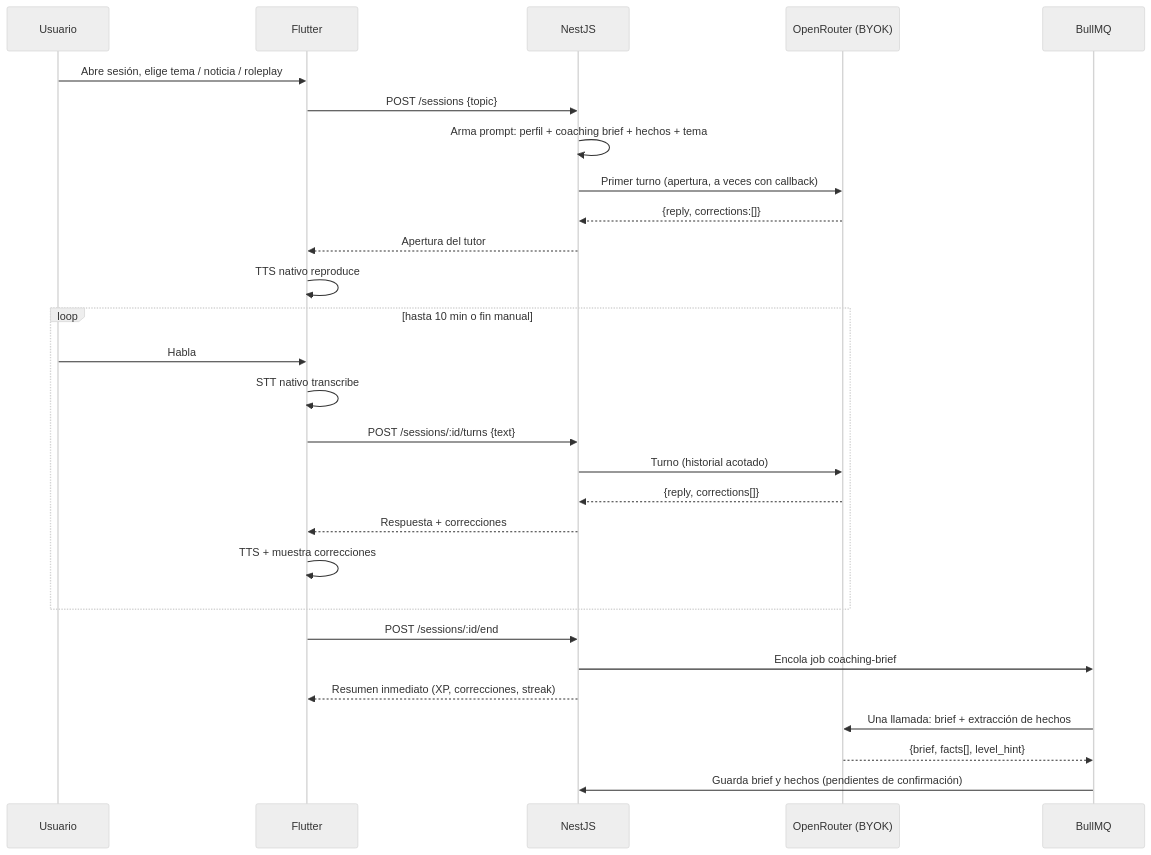
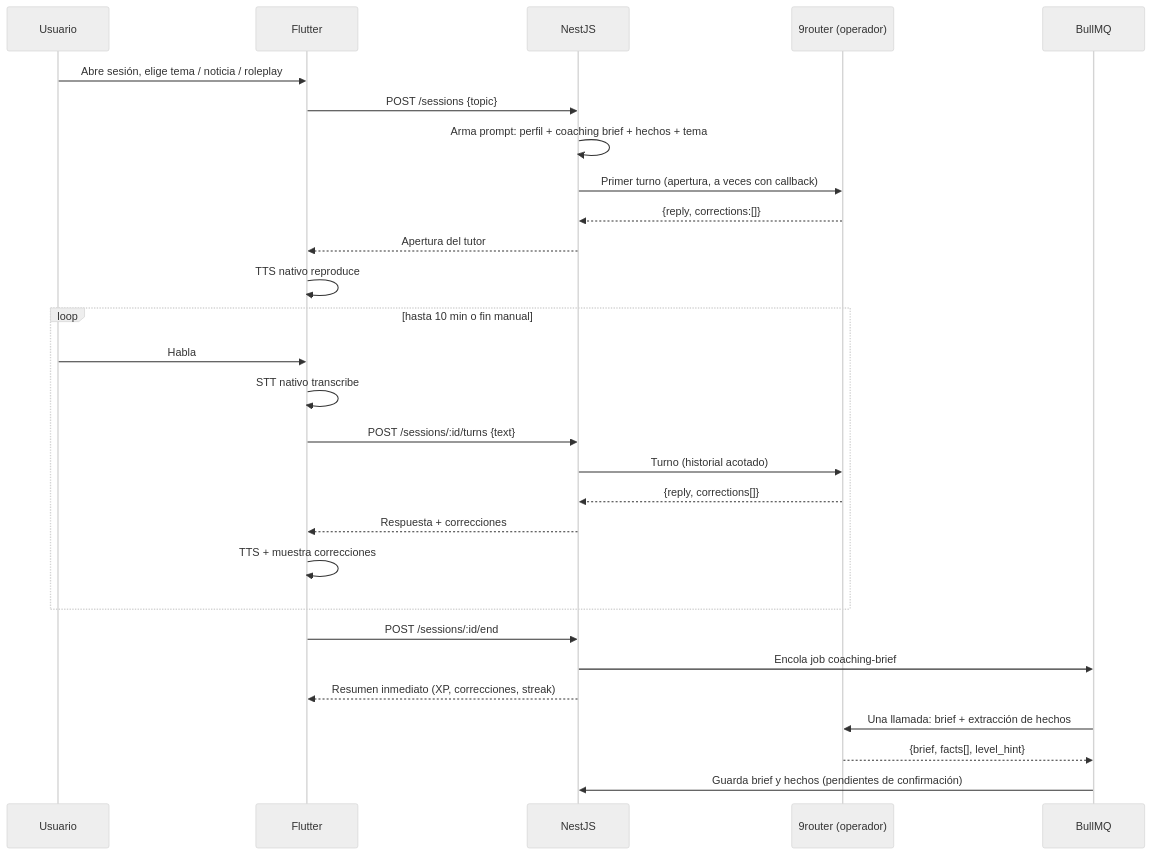
Before and after one commit to hectorcanaimero/fluent: the first of 3 diagrams in docs/PRD.md, drawn with Mermaid (neutral theme). The commit also changed other lines of this file and 7 other files, not shown here.

````diff
--- a/docs/PRD.md
+++ b/docs/PRD.md
@@ -68,31 +68,31 @@
 ```mermaid
 sequenceDiagram
     participant U as Usuario
     participant App as Flutter
     participant API as NestJS
-    participant OR as OpenRouter (BYOK)
+    participant R as 9router (operador)
     participant Q as BullMQ
 
     U->>App: Abre sesión, elige tema / noticia / roleplay
     App->>API: POST /sessions {topic}
     API->>API: Arma prompt: perfil + coaching brief + hechos + tema
-    API->>OR: Primer turno (apertura, a veces con callback)
-    OR-->>API: {reply, corrections:[]}
+    API->>R: Primer turno (apertura, a veces con callback)
+    R-->>API: {reply, corrections:[]}
     API-->>App: Apertura del tutor
     App->>App: TTS nativo reproduce
     loop hasta 10 min o fin manual
         U->>App: Habla
         App->>App: STT nativo transcribe
         App->>API: POST /sessions/:id/turns {text}
-        API->>OR: Turno (historial acotado)
-        OR-->>API: {reply, corrections[]}
+        API->>R: Turno (historial acotado)
+        R-->>API: {reply, corrections[]}
         API-->>App: Respuesta + correcciones
         App->>App: TTS + muestra correcciones
     end
     App->>API: POST /sessions/:id/end
     API->>Q: Encola job coaching-brief
     API-->>App: Resumen inmediato (XP, correcciones, streak)
-    Q->>OR: Una llamada: brief + extracción de hechos
-    OR-->>Q: {brief, facts[], level_hint}
+    Q->>R: Una llamada: brief + extracción de hechos
+    R-->>Q: {brief, facts[], level_hint}
     Q->>API: Guarda brief y hechos (pendientes de confirmación)
 ```
````
